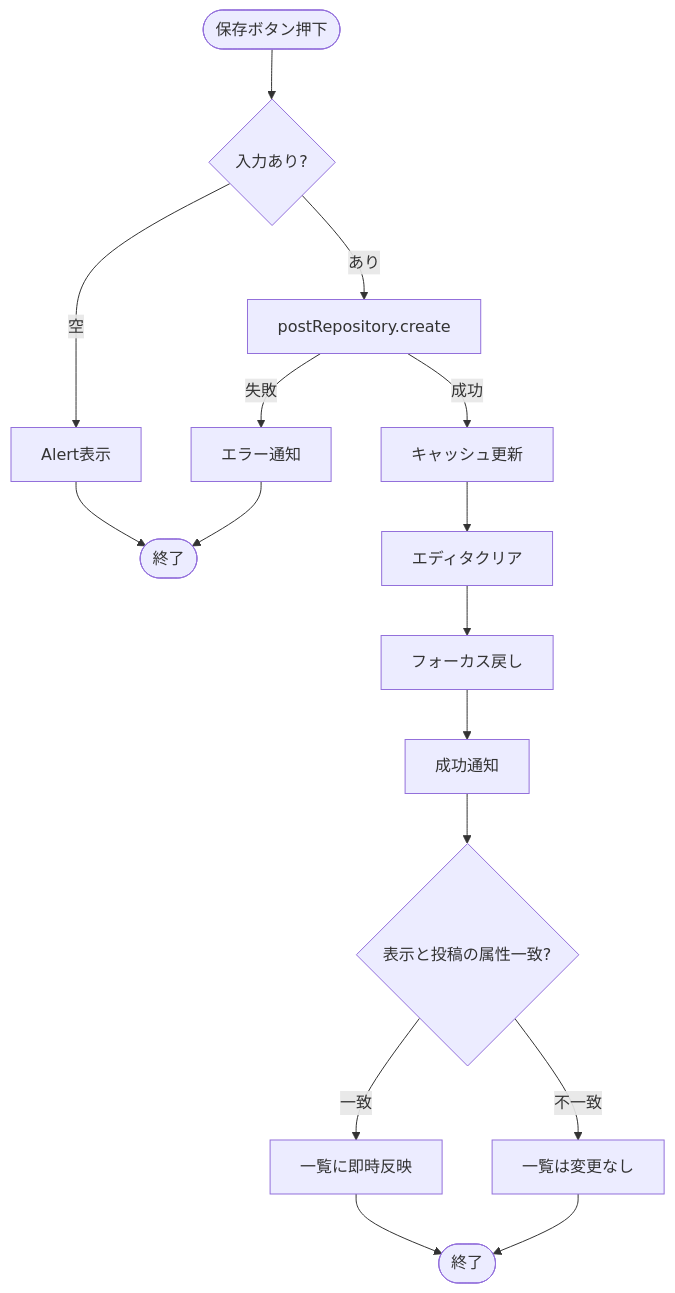
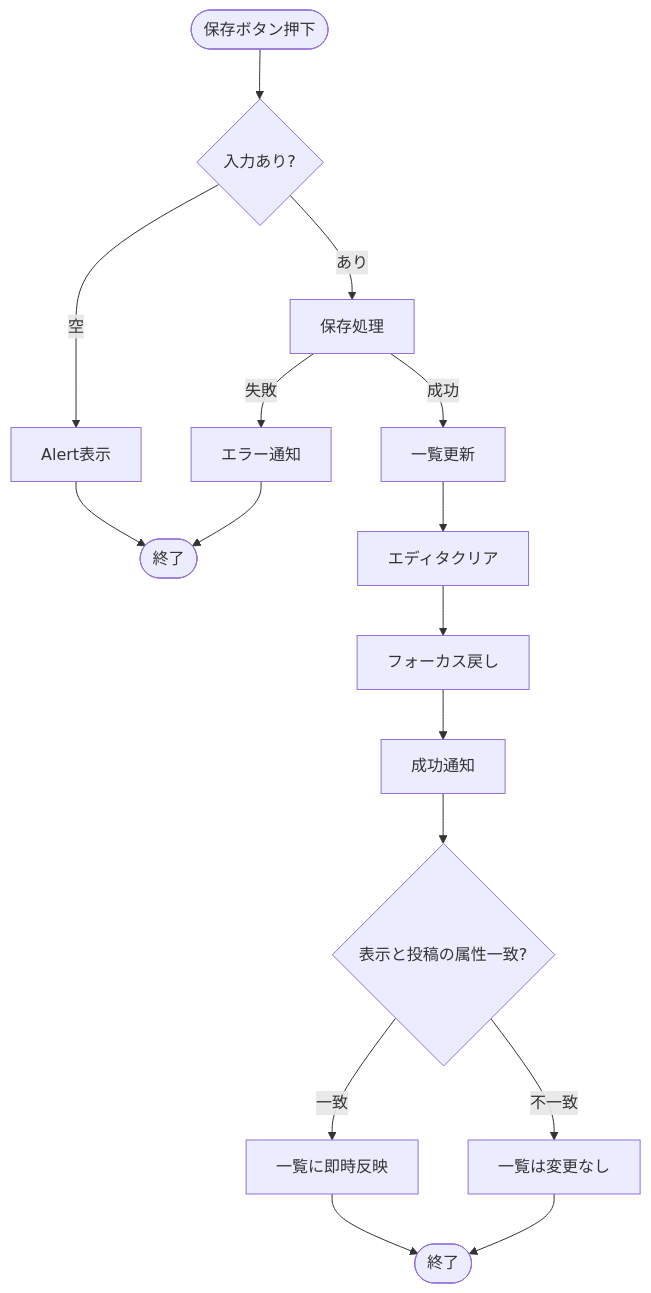
Before and after one commit to kouichi-hoshi/mono-log8: the diagram in docs/02.仕様書.md, drawn with Mermaid. The commit also changed other lines of this file and 5 other files, not shown here.

````diff
--- a/docs/02.仕様書.md
+++ b/docs/02.仕様書.md
@@ -166,23 +111,23 @@
 ```mermaid
 flowchart TD
     Start([保存ボタン押下]) --> Validate{入力あり?}
 
     Validate -->|空| Alert[Alert表示]
     Alert --> EndError([終了])
 
-    Validate -->|あり| Create[postRepository.create]
-    Create -->|成功| CacheUpdate[キャッシュ更新]
+    Validate -->|あり| Create[保存処理]
+    Create -->|成功| CacheUpdate[一覧更新]
     Create -->|失敗| CreateError[エラー通知]
     CreateError --> EndError
 
     CacheUpdate --> Clear[エディタクリア]
     Clear --> Focus[フォーカス戻し]
     Focus --> Toast[成功通知]
     Toast --> ModeCheck{表示と投稿の属性一致?}
 
     ModeCheck -->|一致| UpdateList[一覧に即時反映]
     ModeCheck -->|不一致| SkipUpdate[一覧は変更なし]
 
     UpdateList --> EndSuccess([終了])
     SkipUpdate --> EndSuccess
 ```
````
